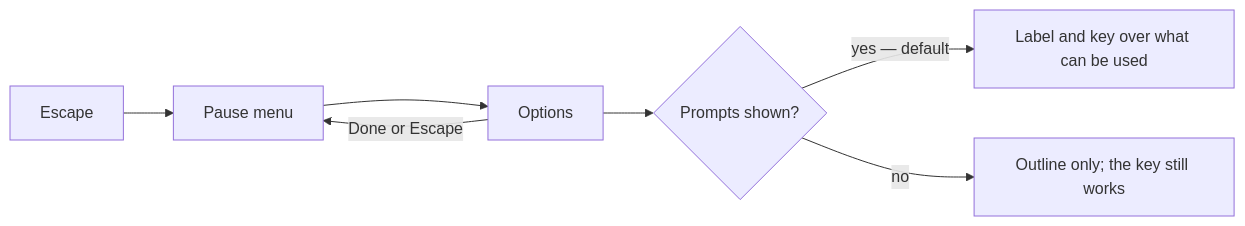
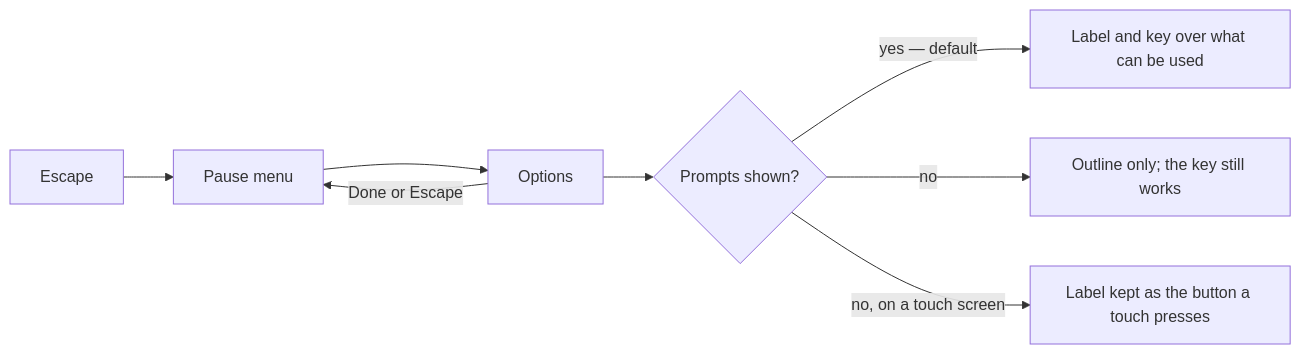
One commit to Esposter/Esposter changed the diagram in apps/web/content/docs/infra/claude-interface/agent-console/world-settings.md. Above: the diagram before and after it, drawn with Mermaid. The commit also changed other lines of this file and 2 other files, not shown here.

First line of the commit message:
fix(agent-console): a touch screen keeps the prompt's button with the prompts off

````diff
--- a/apps/web/content/docs/infra/claude-interface/agent-console/world-settings.md
+++ b/apps/web/content/docs/infra/claude-interface/agent-console/world-settings.md
@@ -17,9 +17,10 @@
 ```mermaid
 flowchart LR
   E[Escape] --> P[Pause menu]
   P --> O[Options]
   O --> T{Prompts shown?}
   T -->|yes — default| S[Label and key over what can be used]
   T -->|no| N[Outline only; the key still works]
+  T -->|no, on a touch screen| B[Label kept as the button a touch presses]
   O -->|Done or Escape| P
 ```
````
